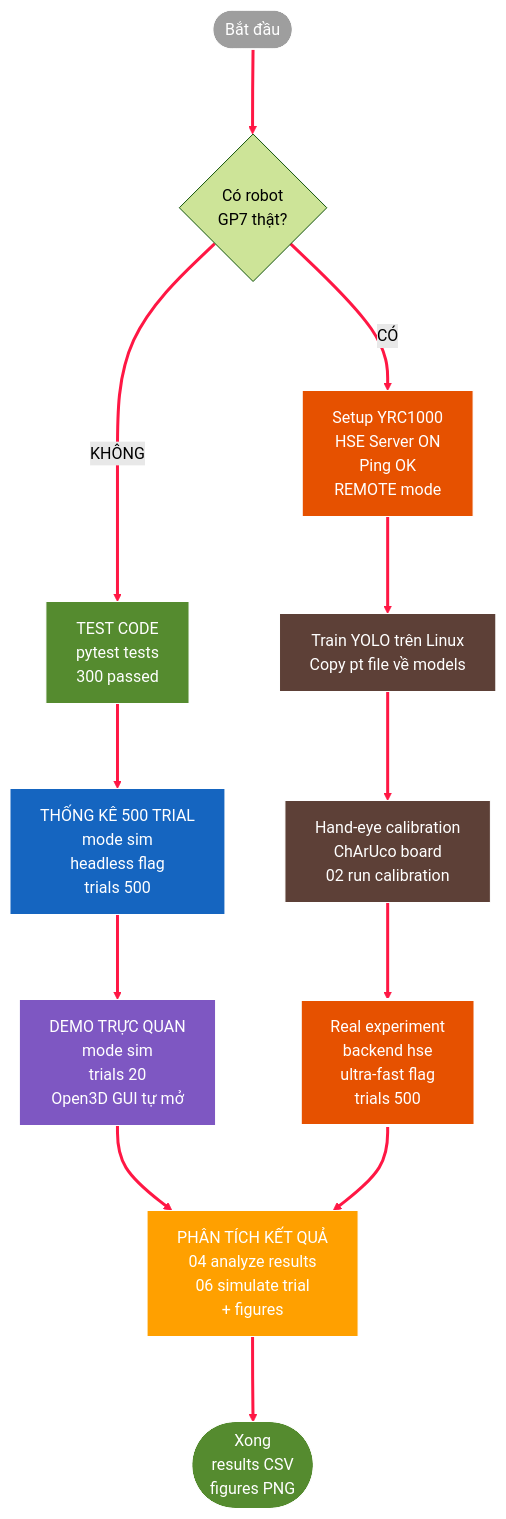
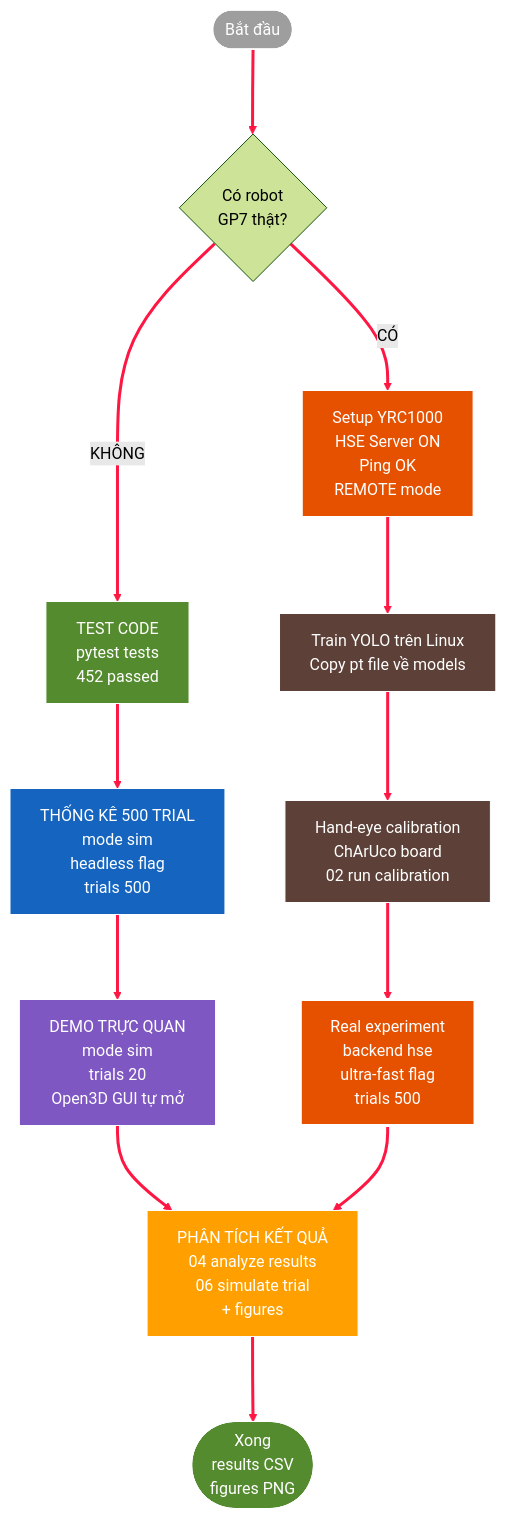
One commit to manhhv87/DTwinGP7 changed the third of 3 diagrams in docs/HUONG_DAN_SU_DUNG.md. Above: the diagram before and after it, drawn with Mermaid (forest theme). The commit also changed other lines of this file and 67 other files, not shown here.

First line of the commit message:
@ docs: rà soát toàn bộ tài liệu + dọn figure; checkpoint INFORM/GUI

````diff
--- a/docs/HUONG_DAN_SU_DUNG.md
+++ b/docs/HUONG_DAN_SU_DUNG.md
@@ -618,32 +521,32 @@
 ```mermaid
 %%{init: {'flowchart': {'nodeSpacing': 60, 'rankSpacing': 85, 'useMaxWidth': false}}}%%
 flowchart TB
     START([Bắt đầu]) --> Q1{Có robot<br/>GP7 thật?}
 
     %% ─── Path KHÔNG (sim only) ───
-    Q1 -->|KHÔNG| TEST[TEST CODE<br/>pytest tests<br/>300 passed]
+    Q1 -->|KHÔNG| TEST[TEST CODE<br/>pytest tests<br/>452 passed]
     TEST --> STATS[THỐNG KÊ 500 TRIAL<br/>mode sim<br/>headless flag<br/>trials 500]
     STATS --> DEMO[DEMO TRỰC QUAN<br/>mode sim<br/>trials 20<br/>Open3D GUI tự mở]
     DEMO --> ANALYZE[PHÂN TÍCH KẾT QUẢ<br/>04 analyze results<br/>06 simulate trial<br/>+ figures]
 
     %% ─── Path CÓ (real robot) ───
     Q1 -->|CÓ| SETUP[Setup YRC1000<br/>HSE Server ON<br/>Ping OK<br/>REMOTE mode]
     SETUP --> TRAIN[Train YOLO trên Linux<br/>Copy pt file về models]
     TRAIN --> CALIB[Hand-eye calibration<br/>ChArUco board<br/>02 run calibration]
     CALIB --> REAL[Real experiment<br/>backend hse<br/>ultra-fast flag<br/>trials 500]
     REAL --> ANALYZE
 
     ANALYZE --> END([Xong<br/>results CSV<br/>figures PNG])
 
     style START fill:#9E9E9E,stroke:#fff,color:#fff
     style TEST fill:#558B2F,stroke:#fff,color:#fff
     style STATS fill:#1565C0,stroke:#fff,color:#fff
     style DEMO fill:#7E57C2,stroke:#fff,color:#fff
     style SETUP fill:#E65100,stroke:#fff,color:#fff
     style TRAIN fill:#5D4037,stroke:#fff,color:#fff
     style CALIB fill:#5D4037,stroke:#fff,color:#fff
     style REAL fill:#E65100,stroke:#fff,stroke-width:3px,color:#fff
     style ANALYZE fill:#FFA000,stroke:#fff,color:#fff
     style END fill:#558B2F,stroke:#fff,color:#fff
     linkStyle default stroke:#FF1744,stroke-width:3px
 ```
````
